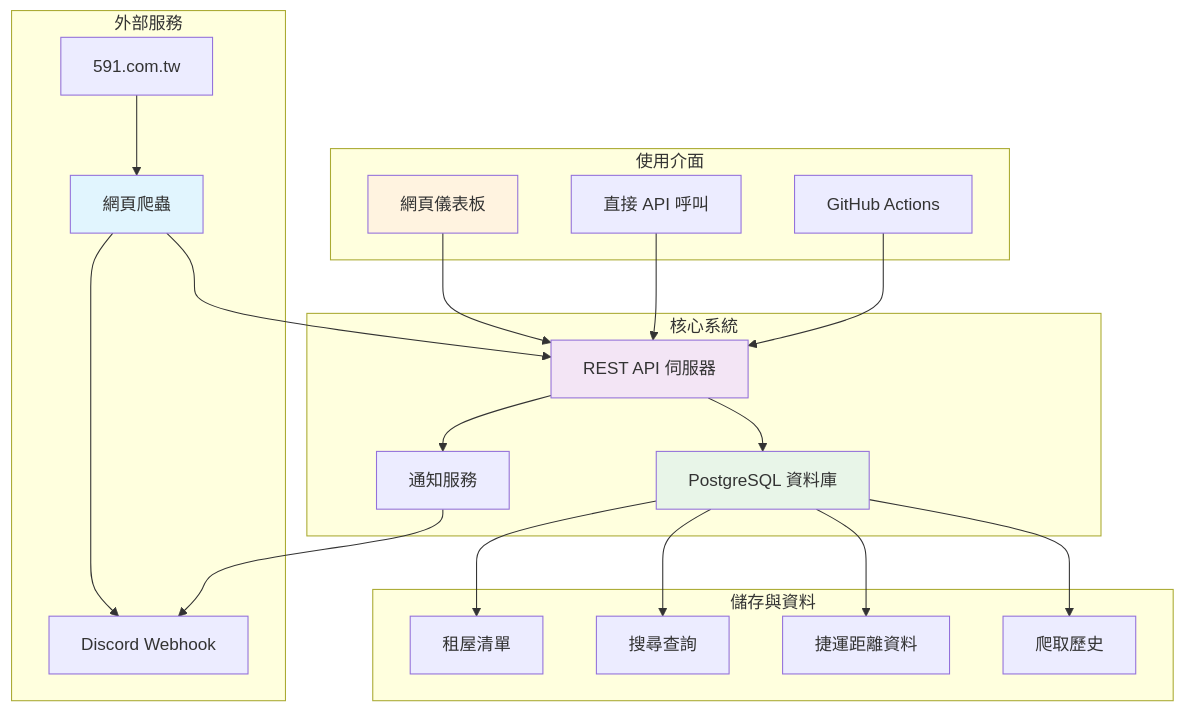
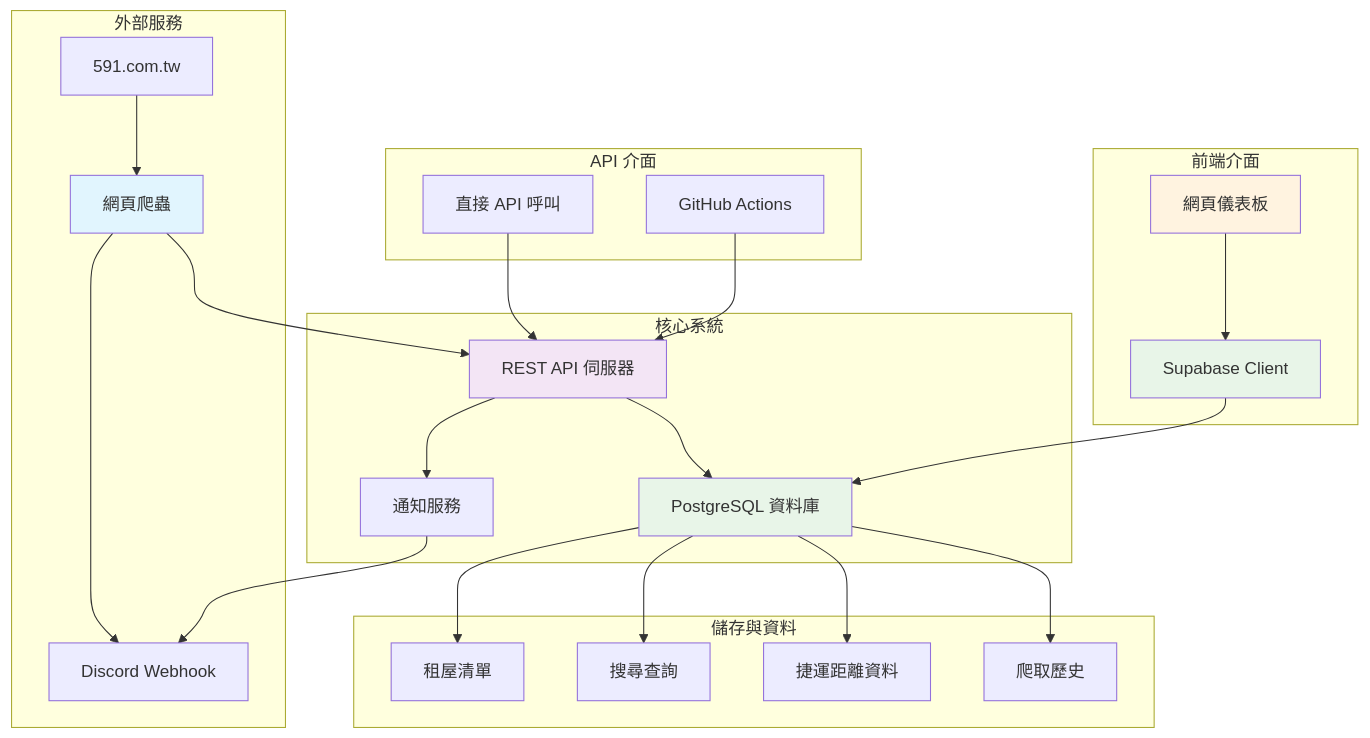
The diagram in README.zh-TW.md (iml885203/591), drawn with Mermaid before and after one commit. The commit also changed 1 other file, not shown here.

Commit message:
fix: correct architecture diagram to show frontend uses Supabase client directly
- Frontend (Web Dashboard) connects directly to PostgreSQL via Supabase Client
- Remove incorrect REST API connection from frontend
- Clarify separation between frontend interface and API interface
- Based on analysis of deleted frontend code that used @supabase/supabase-js

````diff
--- a/README.zh-TW.md
+++ b/README.zh-TW.md
@@ -28,32 +28,37 @@
 ```mermaid
 graph TB
     subgraph "外部服務"
         A[591.com.tw] --> B[網頁爬蟲]
         B --> C[Discord Webhook]
     end
     
     subgraph "核心系統"
         B --> D[REST API 伺服器]
         D --> E[PostgreSQL 資料庫]
         D --> F[通知服務]
         F --> C
     end
     
-    subgraph "使用介面"
-        G[網頁儀表板] --> D
+    subgraph "前端介面"
+        G[網頁儀表板] --> N[Supabase Client]
+        N --> E
+    end
+    
+    subgraph "API 介面"
         H[直接 API 呼叫] --> D
         I[GitHub Actions] --> D
     end
     
     subgraph "儲存與資料"
         E --> J[租屋清單]
         E --> K[搜尋查詢] 
         E --> L[捷運距離資料]
         E --> M[爬取歷史]
     end
     
     style B fill:#e1f5fe
     style D fill:#f3e5f5
     style E fill:#e8f5e8
     style G fill:#fff3e0
+    style N fill:#e8f5e8
 ```
````
